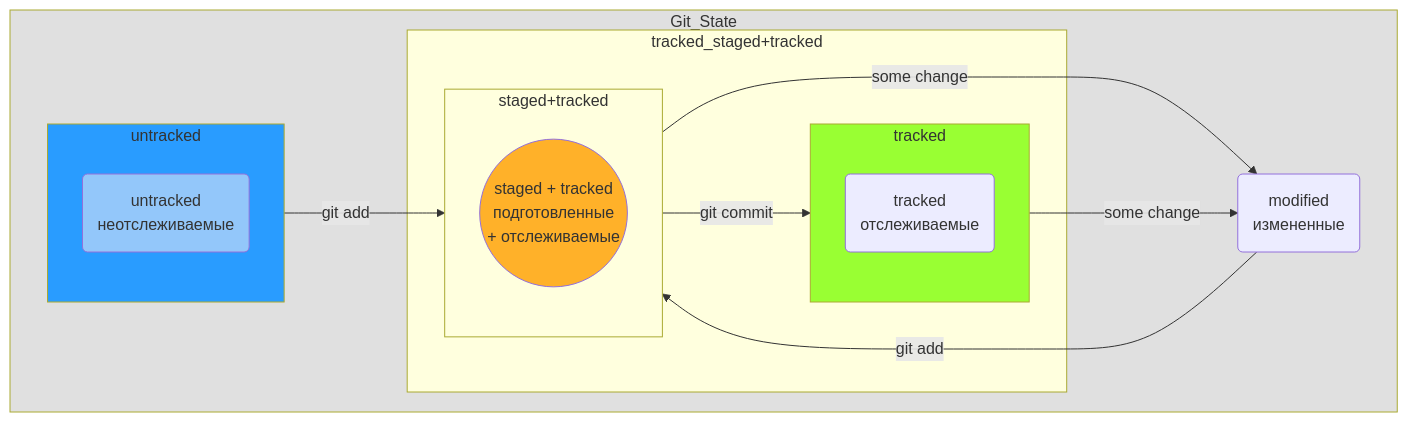
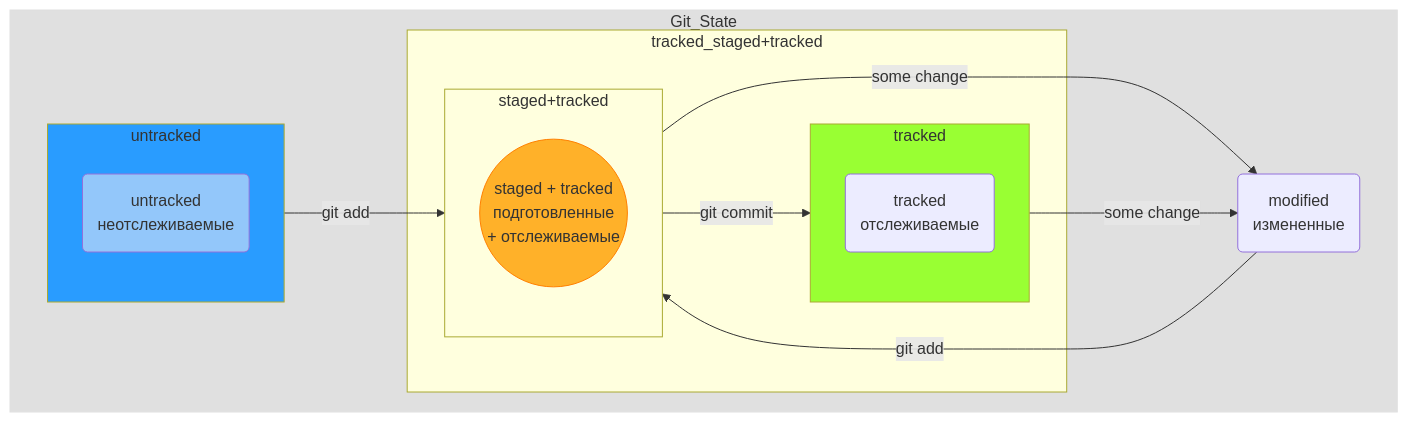
The diagram in README.md (AleksandrVakarin/GitInstructionMermaid), drawn with Mermaid before and after one commit.

Commit message:
Изменить границу, изменить цвет границы для stgd

````diff
--- a/README.md
+++ b/README.md
@@ -93,40 +93,40 @@
 ```mermaid
 flowchart TD;
 	
 	stgd((staged + tracked<br>подготовленные<br> + отслеживаемые))
 	mdf(modified<br>измененные)
 	untr(untracked<br>неотслеживаемые)
 	trcd(tracked<br>отслеживаемые)
 
 
 	subgraph Git_State
 
 		subgraph untracked
 			untr
 		end
 
 		subgraph tracked_staged+tracked
 
 			subgraph tracked
 				trcd
 			end
 
 			subgraph staged+tracked
 				stgd
 			end
 
 		end
 
 		untracked-- git add -->staged+tracked
 		mdf-- git add -->staged+tracked
 		staged+tracked-- some change -->mdf
 		staged+tracked-- git commit -->tracked
 		tracked-- some change -->mdf
 	end
 
-	style Git_State fill: #E0E0E0
-	style stgd fill: #FFB129, stroke: FF8000
+	style Git_State fill: #E0E0E0, stroke: #E0E0E0
+	style stgd fill: #FFB129, stroke: #FF8000
 	style untr fill: #93C7FA
 	style untracked fill: #299CFF
 	style tracked fill: #99FF33
 ```
````
